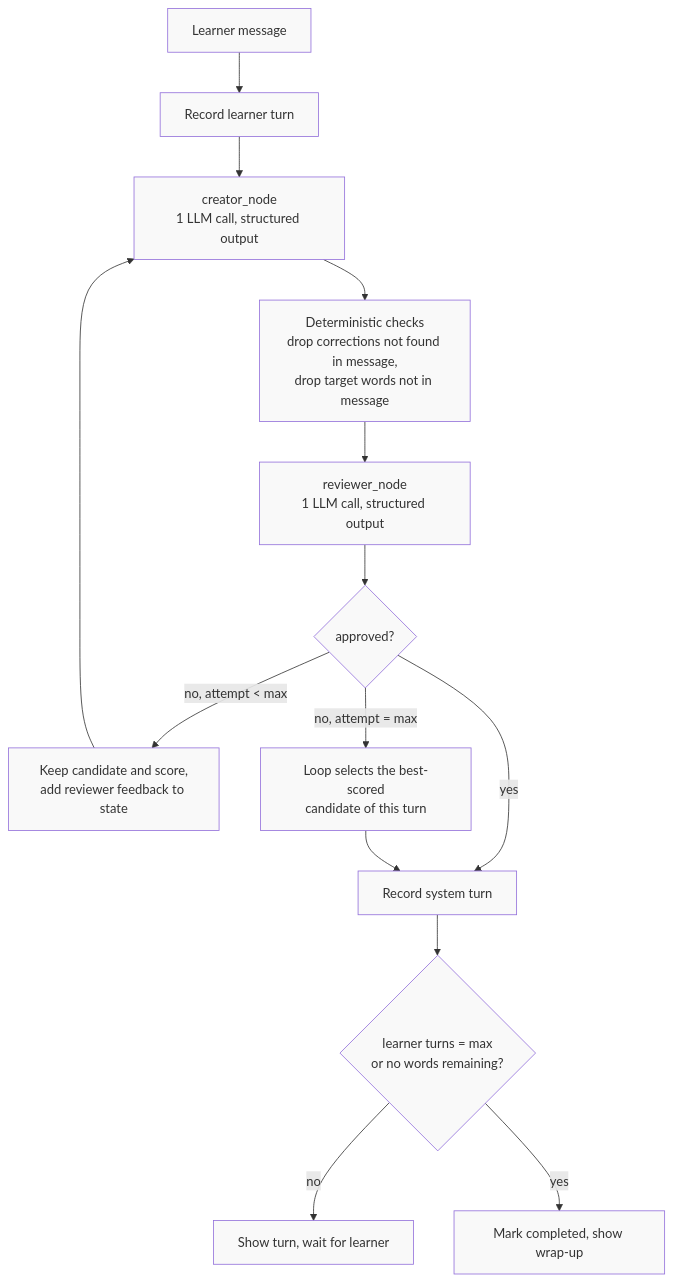
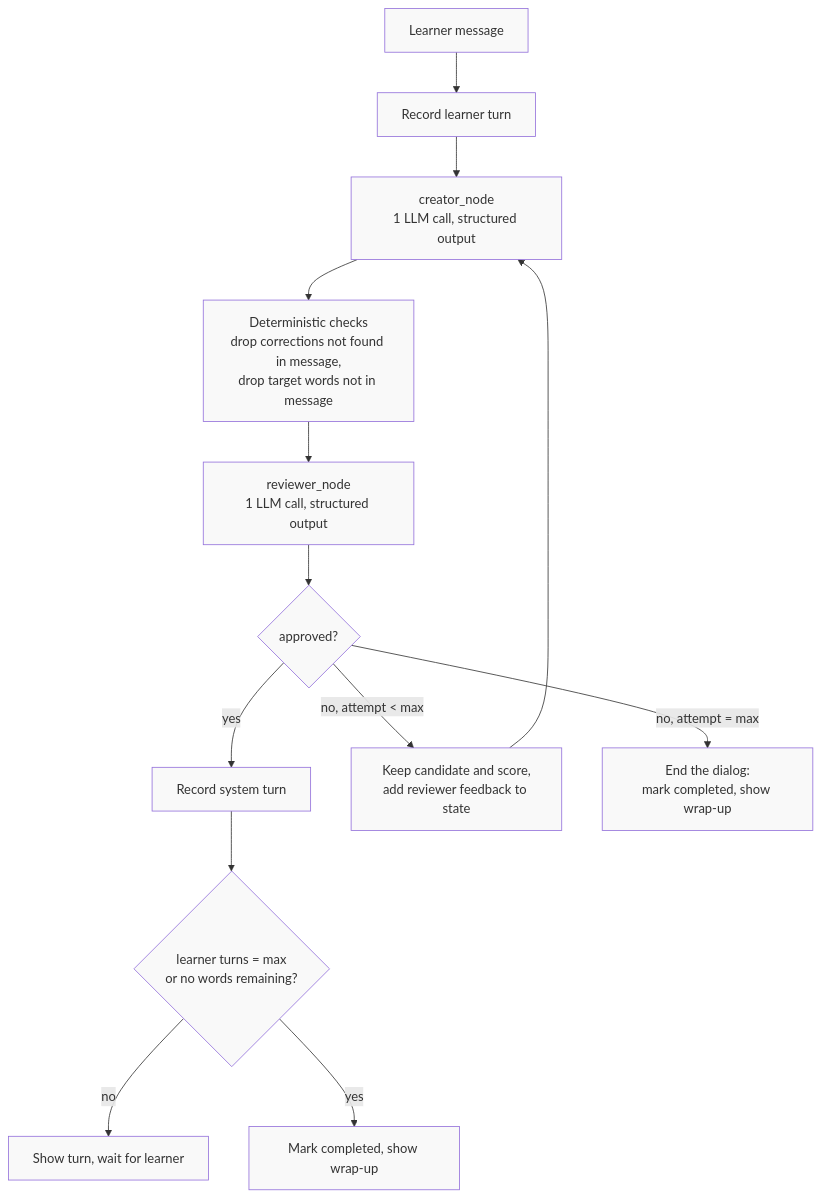
Before and after one commit to mirceac72/language-learner-assistant: the second of 2 diagrams in specs/feat-dialog-practice-spec.md, drawn with Mermaid. The commit also changed other lines of this file and 4 other files, not shown here.

````diff
--- a/specs/feat-dialog-practice-spec.md
+++ b/specs/feat-dialog-practice-spec.md
@@ -144,29 +144,28 @@
 ```mermaid
 flowchart TD
     A[Learner message] --> B[Record learner turn]
     B --> C[creator_node<br>1 LLM call, structured output]
     C --> D[Deterministic checks<br>drop corrections not found in message,<br>drop target words not in message]
     D --> E[reviewer_node<br>1 LLM call, structured output]
     E --> F{approved?}
     F -->|yes| G[Record system turn]
     F -->|no, attempt < max| H[Keep candidate and score,<br>add reviewer feedback to state]
     H --> C
-    F -->|no, attempt = max| I[Loop selects the best-scored<br>candidate of this turn]
-    I --> G
+    F -->|no, attempt = max| M[End the dialog:<br>mark completed, show wrap-up]
     G --> J{learner turns = max<br>or no words remaining?}
     J -->|no| K[Show turn, wait for learner]
     J -->|yes| L[Mark completed, show wrap-up]
 
     style A fill:#f9f9f9
     style B fill:#f9f9f9
     style C fill:#f9f9f9
     style D fill:#f9f9f9
     style E fill:#f9f9f9
     style F fill:#f9f9f9
     style G fill:#f9f9f9
     style H fill:#f9f9f9
-    style I fill:#f9f9f9
     style J fill:#f9f9f9
     style K fill:#f9f9f9
     style L fill:#f9f9f9
+    style M fill:#f9f9f9
 ```
````
